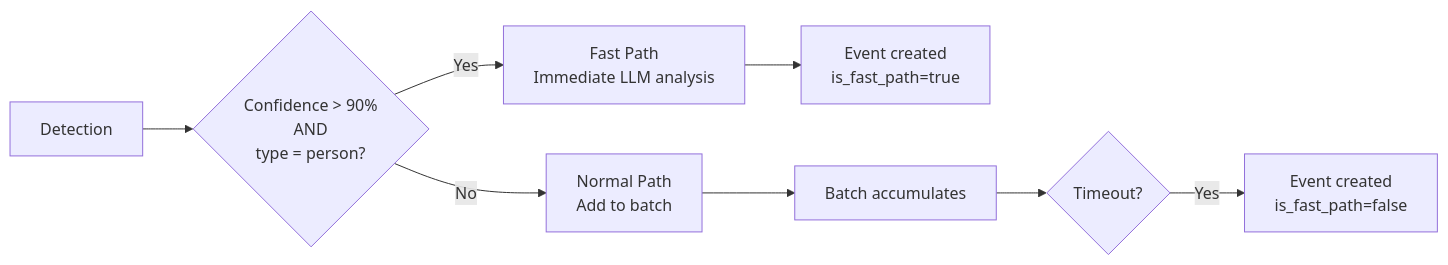
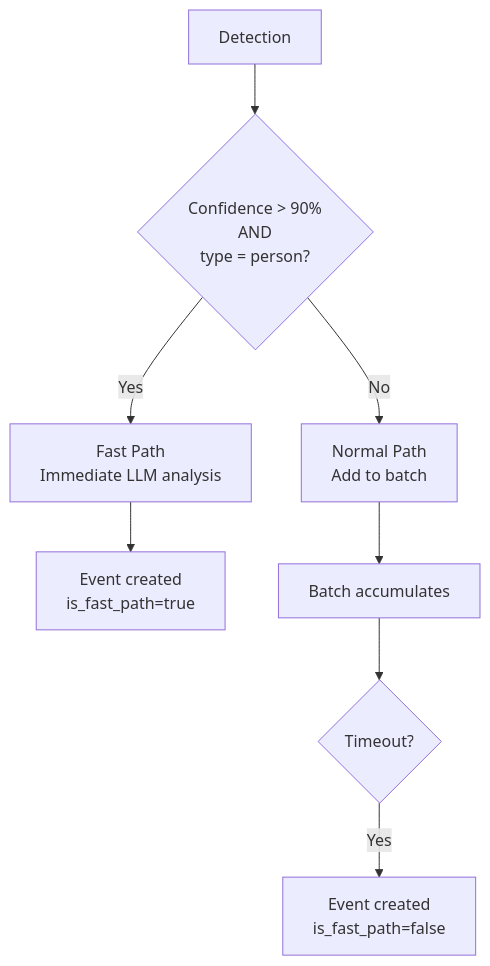
One commit to mikesvoboda/nemotron-v3-home-security-intelligence changed the fourth of 7 diagrams in docs/architecture/overview.md. Above: the diagram before and after it, drawn with Mermaid. The commit also changed other lines of this file and 52 other files, not shown here.

````diff
--- a/docs/architecture/overview.md
+++ b/docs/architecture/overview.md
@@ -358,10 +384,11 @@
 ```mermaid
-flowchart LR
-    D[Detection] --> C{Confidence > 90%<br/>AND<br/>type = person?}
+flowchart TB
+    D[Detection]
+    D --> C{Confidence > 90%<br/>AND<br/>type = person?}
     C -->|Yes| FP[Fast Path<br/>Immediate LLM analysis]
     C -->|No| NP[Normal Path<br/>Add to batch]
     FP --> E1[Event created<br/>is_fast_path=true]
     NP --> B[Batch accumulates]
     B --> T{Timeout?}
     T -->|Yes| E2[Event created<br/>is_fast_path=false]
 ```
````
